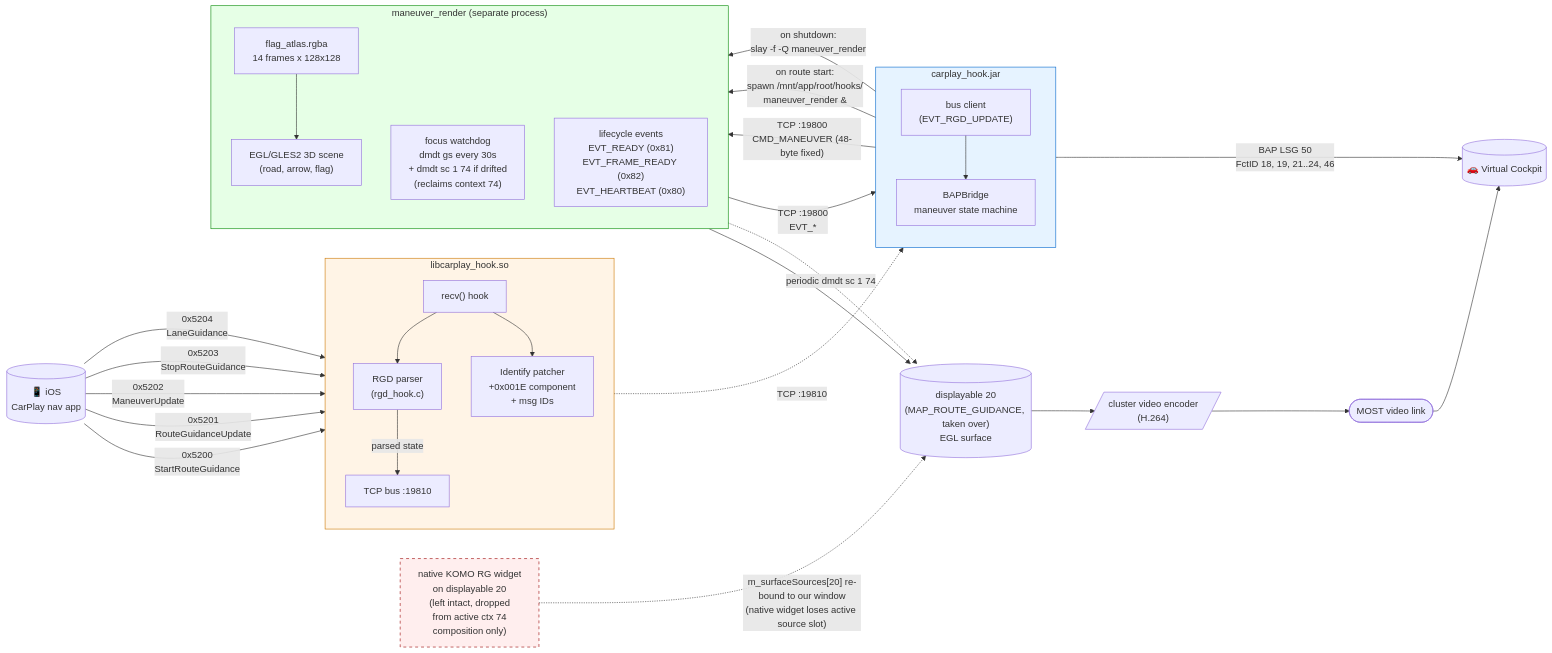
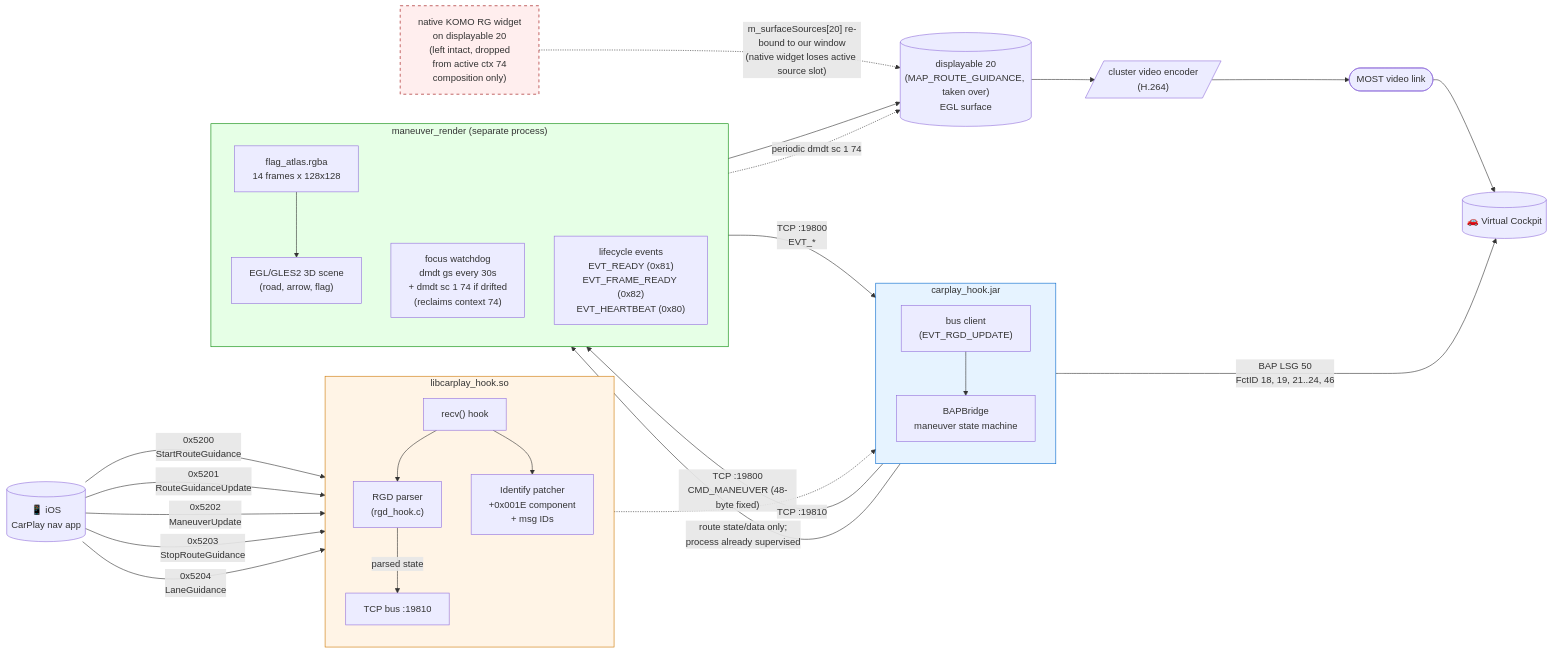
The third of 9 diagrams in README.md (luka-dev/mib2q-carplay-rgi), drawn with Mermaid before and after one commit. The commit also changed other lines of this file and 93 other files, not shown here.

````diff
--- a/README.md
+++ b/README.md
@@ -304,61 +304,60 @@
 ```mermaid
 flowchart LR
     iOS[("📱 iOS<br/>CarPlay nav app")]
 
     subgraph hookbox["libcarplay_hook.so"]
         direction TB
         recv["recv() hook"]
         rgd["RGD parser<br/>(rgd_hook.c)"]
         idpatch["Identify patcher<br/>+0x001E component<br/>+ msg IDs"]
         bus["TCP bus :19810"]
     end
 
     subgraph javabox["carplay_hook.jar"]
         direction TB
         bridge["BAPBridge<br/>maneuver state machine"]
         bus_cli["bus client<br/>(EVT_RGD_UPDATE)"]
     end
 
     subgraph rendbox["maneuver_render (separate process)"]
         direction TB
         atlas["flag_atlas.rgba<br/>14 frames x 128x128"]
         render["EGL/GLES2 3D scene<br/>(road, arrow, flag)"]
         wd["focus watchdog<br/>dmdt gs every 30s<br/>+ dmdt sc 1 74 if drifted<br/>(reclaims context 74)"]
         ready["lifecycle events<br/>EVT_READY (0x81)<br/>EVT_FRAME_READY (0x82)<br/>EVT_HEARTBEAT (0x80)"]
     end
 
     surf[("displayable 20<br/>(MAP_ROUTE_GUIDANCE, taken over)<br/>EGL surface")]
     enc[/"cluster video encoder<br/>(H.264)"/]
     most([MOST video link])
     vc[("🚗 Virtual Cockpit")]
     native["native KOMO RG widget<br/>on displayable 20<br/>(left intact, dropped<br/>from active ctx 74<br/>composition only)"]:::stock
 
     iOS -->|"0x5200<br/>StartRouteGuidance"| recv
     iOS -->|"0x5201<br/>RouteGuidanceUpdate"| recv
     iOS -->|"0x5202<br/>ManeuverUpdate"| recv
     iOS -->|"0x5203<br/>StopRouteGuidance"| recv
     iOS -->|"0x5204<br/>LaneGuidance"| recv
 
     recv --> rgd
     recv --> idpatch
     rgd -->|"parsed state"| bus
     bus -.->|"TCP :19810"| bus_cli
     bus_cli --> bridge
 
-    bridge -->|"on route start:<br/>spawn /mnt/app/root/hooks/<br/>maneuver_render &"| rendbox
-    bridge -->|"on shutdown:<br/>slay -f -Q maneuver_render"| rendbox
+    bridge -->|"route state/data only;<br/>process already supervised"| rendbox
     bridge -->|"TCP :19800<br/>CMD_MANEUVER (48-byte fixed)"| render
     ready -->|"TCP :19800<br/>EVT_*"| bridge
     bridge -->|"BAP LSG 50<br/>FctID 18, 19, 21..24, 46"| vc
 
     atlas --> render
     render --> surf
     surf --> enc --> most --> vc
     wd -. "periodic dmdt sc 1 74" .-> surf
     native -. "m_surfaceSources[20] re-bound to our window<br/>(native widget loses active source slot)" .-> surf
 
     classDef stock fill:#fee,stroke:#900,stroke-dasharray: 5 5
     style hookbox fill:#fff4e6,stroke:#cc7700
     style javabox fill:#e6f3ff,stroke:#0066cc
     style rendbox fill:#e6ffe6,stroke:#008800
 ```
````
